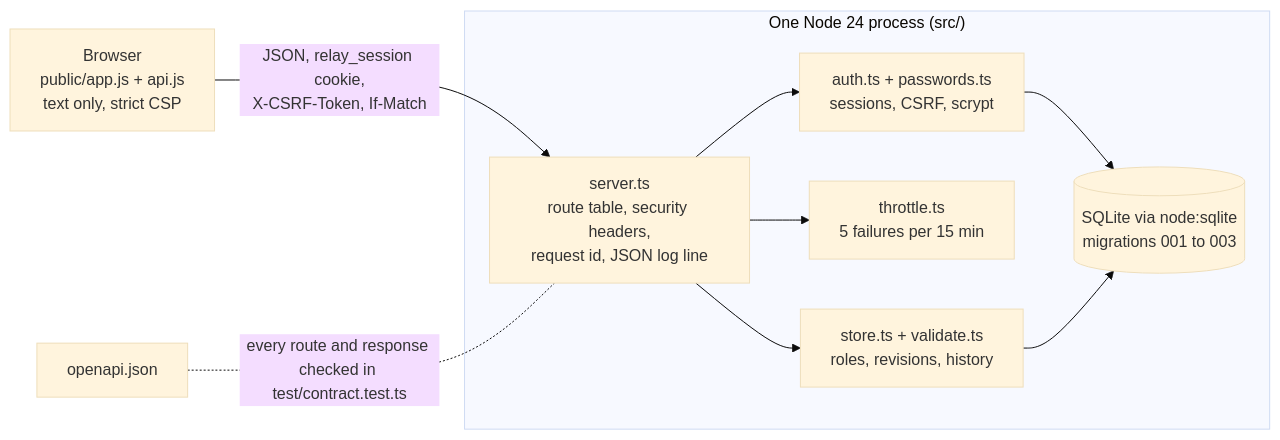
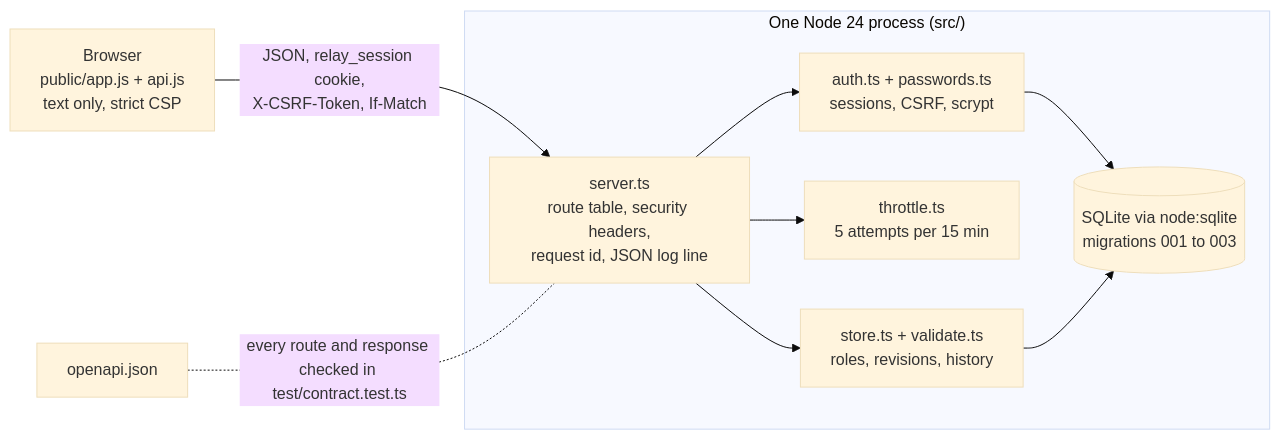
Before and after one commit to muhammmmadziam1234-eng/service-request-tracker: the diagram in README.md, drawn with Mermaid (base theme). The commit also changed other lines of this file and 6 other files, not shown here.

````diff
--- a/README.md
+++ b/README.md
@@ -19,19 +19,19 @@
 ```mermaid
 flowchart LR
   browser["Browser<br/>public/app.js + api.js<br/>text only, strict CSP"]
   contract["openapi.json"]
   subgraph proc["One Node 24 process (src/)"]
     server["server.ts<br/>route table, security headers,<br/>request id, JSON log line"]
     auth["auth.ts + passwords.ts<br/>sessions, CSRF, scrypt"]
-    throttle["throttle.ts<br/>5 failures per 15 min"]
+    throttle["throttle.ts<br/>5 attempts per 15 min"]
     store["store.ts + validate.ts<br/>roles, revisions, history"]
     db[("SQLite via node:sqlite<br/>migrations 001 to 003")]
   end
   browser -- "JSON, relay_session cookie,<br/>X-CSRF-Token, If-Match" --> server
   server --> auth
   server --> throttle
   server --> store
   auth --> db
   store --> db
   contract -. "every route and response checked in test/contract.test.ts" .- server
 ```
````
